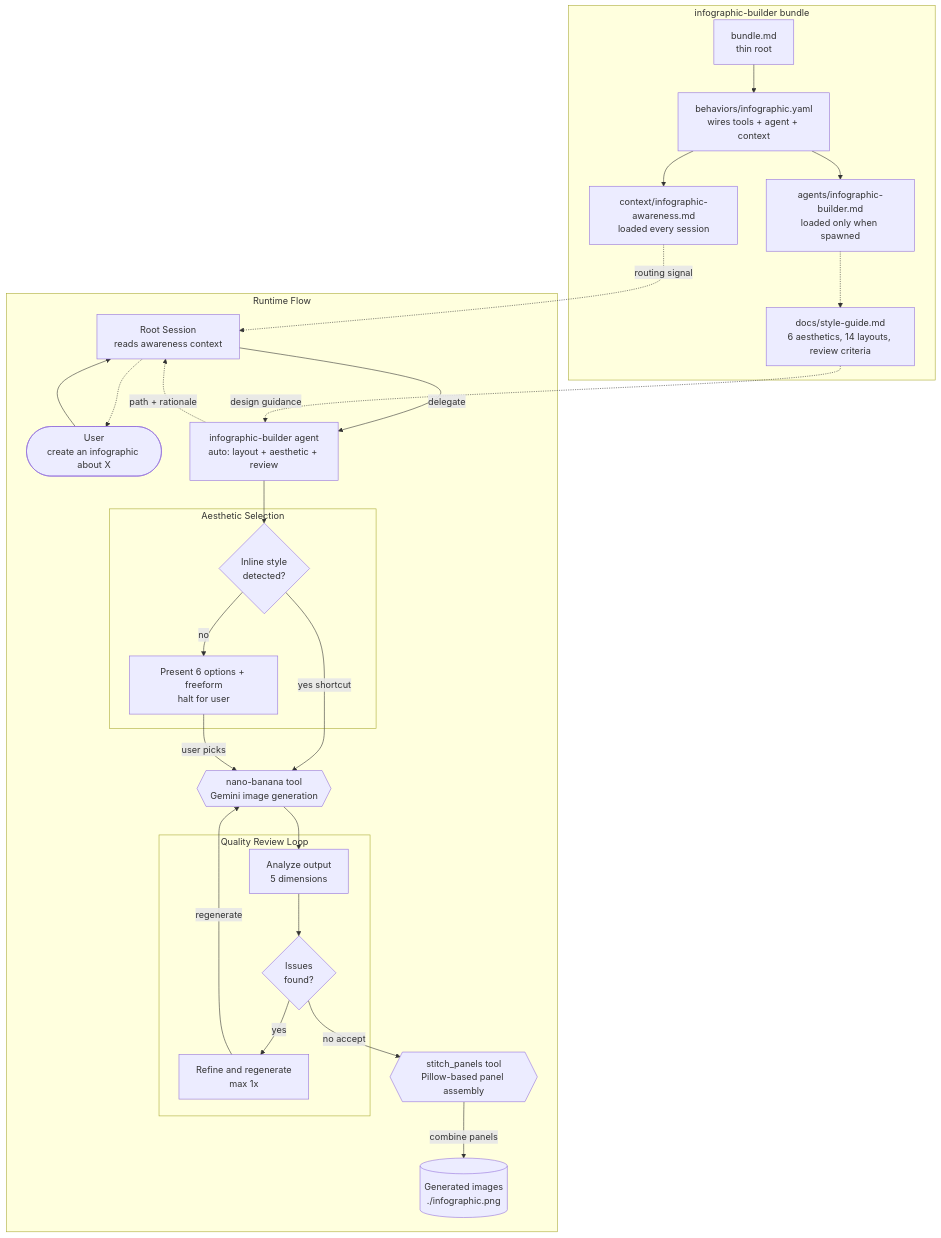
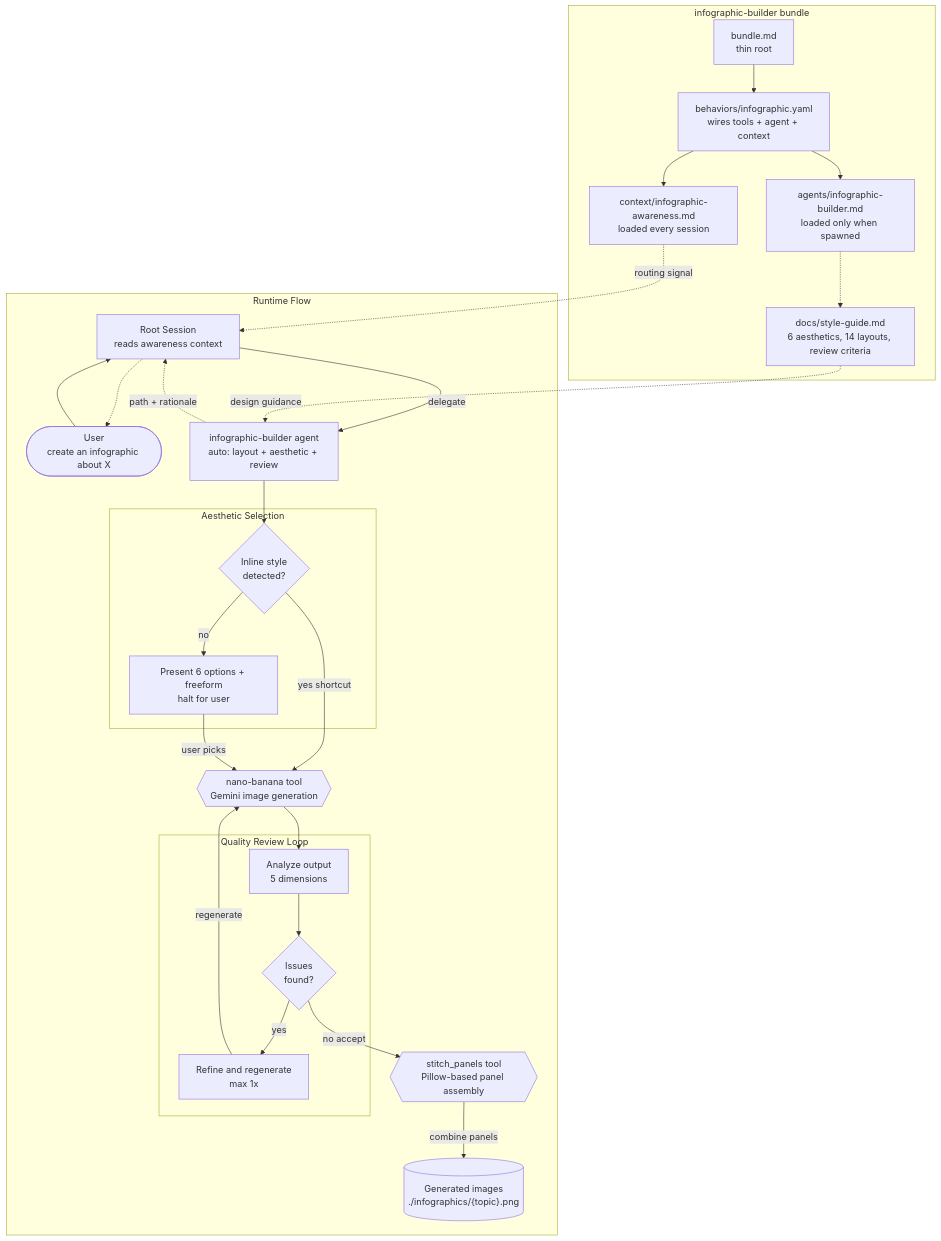
The diagram in README.md (singh2/infographic-builder), drawn with Mermaid before and after one commit. The commit also changed other lines of this file, not shown here.

````diff
--- a/README.md
+++ b/README.md
@@ -228,54 +233,54 @@
 ```mermaid
 flowchart TB
     subgraph bundle["infographic-builder bundle"]
         B["bundle.md\nthin root"]
         BH["behaviors/infographic.yaml\nwires tools + agent + context"]
         AW["context/infographic-awareness.md\nloaded every session"]
         SG["docs/style-guide.md\n6 aesthetics, 14 layouts, review criteria"]
         AG["agents/infographic-builder.md\nloaded only when spawned"]
         B --> BH
         BH --> AW
         BH --> AG
         AG -.-> SG
     end
 
     subgraph runtime["Runtime Flow"]
         U(["User\ncreate an infographic about X"])
         RS["Root Session\nreads awareness context"]
         DE["infographic-builder agent\nauto: layout + aesthetic + review"]
 
         subgraph aesthetic["Aesthetic Selection"]
             AD{"Inline style\ndetected?"}
             AP["Present 6 options + freeform\nhalt for user"]
         end
 
         NB{{"nano-banana tool\nGemini image generation"}}
 
         subgraph review["Quality Review Loop"]
             RV["Analyze output\n5 dimensions"]
             RC{"Issues\nfound?"}
             RF["Refine and regenerate\nmax 1x"]
         end
 
         ST{{"stitch_panels tool\nPillow-based panel assembly"}}
-        IMG[("Generated images\n./infographic.png")]
+        IMG[("Generated images\n./infographics/{topic}.png")]
 
         U --> RS
         RS -->|delegate| DE
         DE --> AD
         AD -->|no| AP
         AD -->|yes shortcut| NB
         AP -->|user picks| NB
         NB --> RV
         RV --> RC
         RC -->|yes| RF
         RF -->|regenerate| NB
         RC -->|no accept| ST
         ST -->|combine panels| IMG
         DE -.->|path + rationale| RS
         RS -.-> U
     end
 
     AW -.->|routing signal| RS
     SG -.->|design guidance| DE
 ```
````
